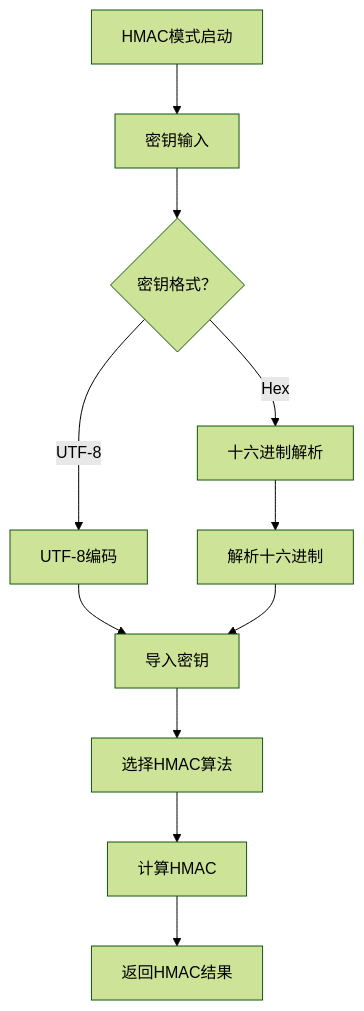
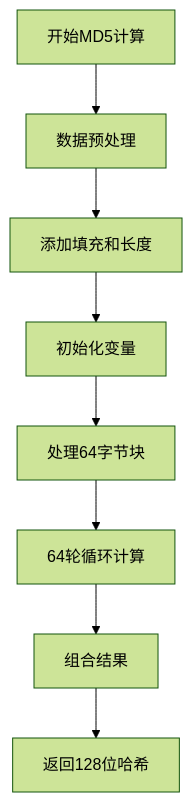
Before and after one commit to sgyy/privadeck: the third of 6 diagrams in .qoder/repowiki/zh/content/开发者工具/哈希生成工具.md, drawn with Mermaid (forest theme). The commit also changed other lines of this file and 23 other files, not shown here.

````diff
--- a/.qoder/repowiki/zh/content/开发者工具/哈希生成工具.md
+++ b/.qoder/repowiki/zh/content/开发者工具/哈希生成工具.md
@@ -323,13 +165,10 @@
 ```mermaid
 flowchart TD
-HMACStart["HMAC模式启动"] --> KeyInput["密钥输入"]
-KeyInput --> KeyFormat{"密钥格式？"}
-KeyFormat --> |UTF-8| KeyUTF8["UTF-8编码"]
-KeyFormat --> |Hex| KeyHex["十六进制解析"]
-KeyUTF8 --> KeyImport["导入密钥"]
-KeyHex --> KeyParse["解析十六进制"]
-KeyParse --> KeyImport
-KeyImport --> HMACAlgo["选择HMAC算法"]
-HMACAlgo --> HMACCompute["计算HMAC"]
-HMACCompute --> HMACResult["返回HMAC结果"]
+START["开始MD5计算"] --> PREPROCESS["数据预处理"]
+PREPROCESS --> PAD["添加填充和长度"]
+PAD --> INIT["初始化变量"]
+INIT --> BLOCK["处理64字节块"]
+BLOCK --> ROUND["64轮循环计算"]
+ROUND --> COMBINE["组合结果"]
+COMBINE --> END["返回128位哈希"]
 ```
````
